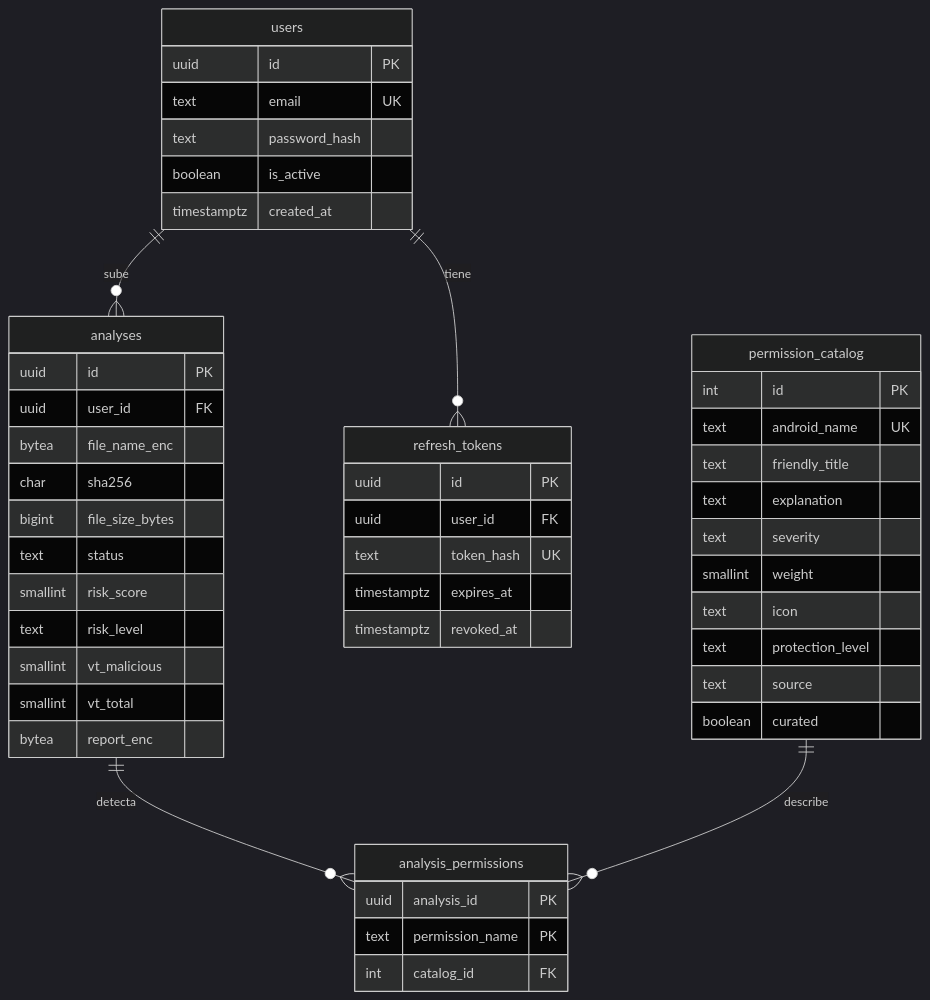
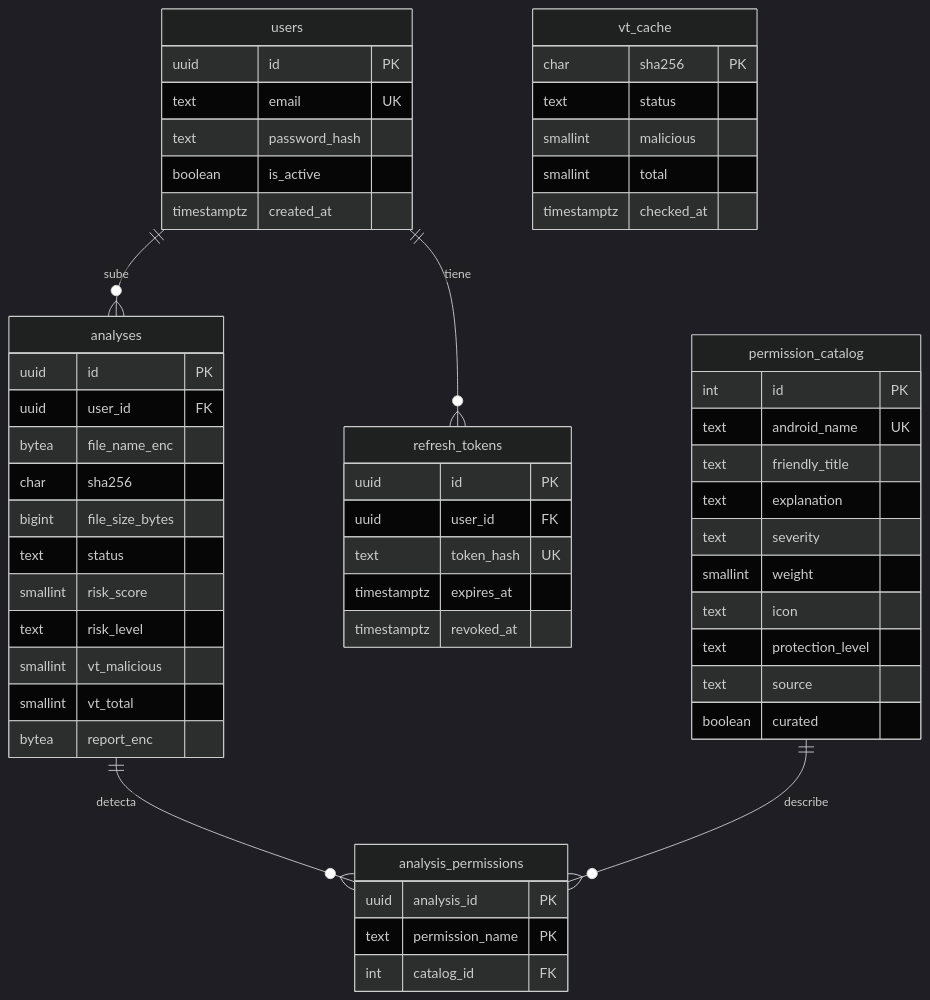
One commit to Miteek2000/fakeapp-radar-db changed the diagram in docs/esquema.md. Above: the diagram before and after it, drawn with Mermaid (dark theme). The commit also changed other lines of this file and 1 other file, not shown here.

Commit message:
db: feat(db): migración 0005 con resultado de VirusTotal por análisis y caché por SHA-256

````diff
--- a/docs/esquema.md
+++ b/docs/esquema.md
@@ -7,52 +7,59 @@
 ```mermaid
 erDiagram
   users ||--o{ analyses : sube
   users ||--o{ refresh_tokens : tiene
   analyses ||--o{ analysis_permissions : detecta
   permission_catalog ||--o{ analysis_permissions : describe
 
   users {
     uuid id PK
     text email UK
     text password_hash
     boolean is_active
     timestamptz created_at
   }
   refresh_tokens {
     uuid id PK
     uuid user_id FK
     text token_hash UK
     timestamptz expires_at
     timestamptz revoked_at
   }
   analyses {
     uuid id PK
     uuid user_id FK
     bytea file_name_enc
     char sha256
     bigint file_size_bytes
     text status
     smallint risk_score
     text risk_level
     smallint vt_malicious
     smallint vt_total
     bytea report_enc
   }
   permission_catalog {
     int id PK
     text android_name UK
     text friendly_title
     text explanation
     text severity
     smallint weight
     text icon
     text protection_level
     text source
     boolean curated
   }
+  vt_cache {
+    char sha256 PK
+    text status
+    smallint malicious
+    smallint total
+    timestamptz checked_at
+  }
   analysis_permissions {
     uuid analysis_id PK
     text permission_name PK
     int catalog_id FK
   }
 ```
````
